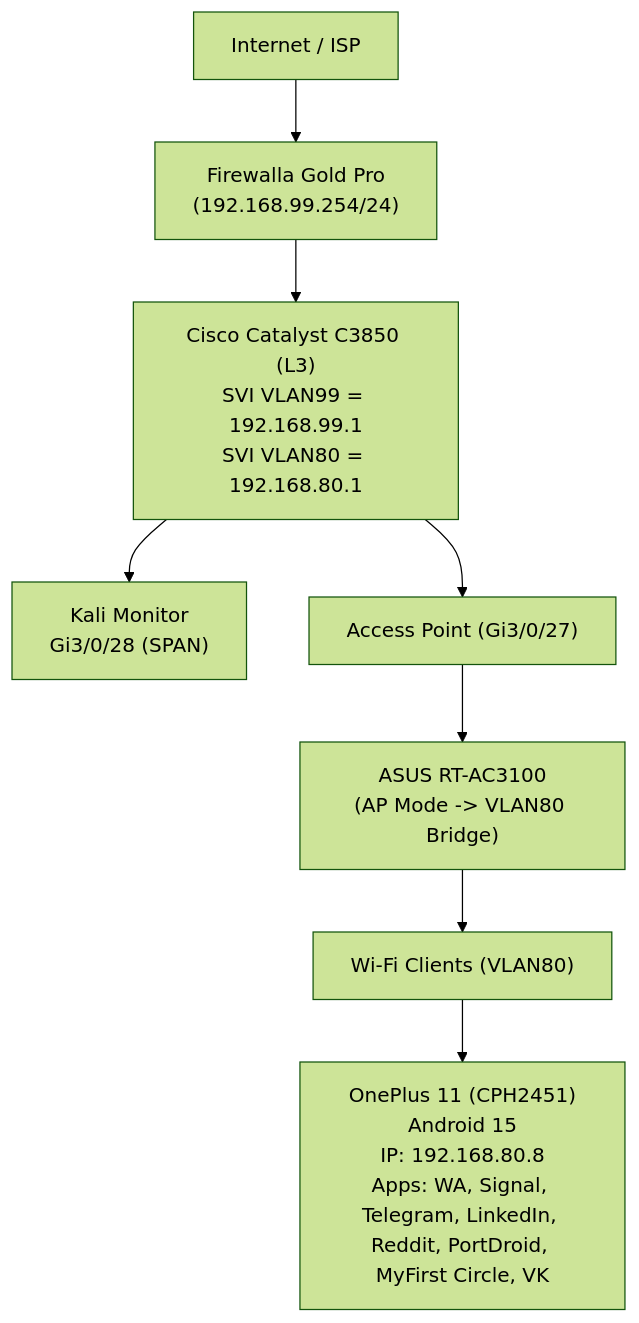
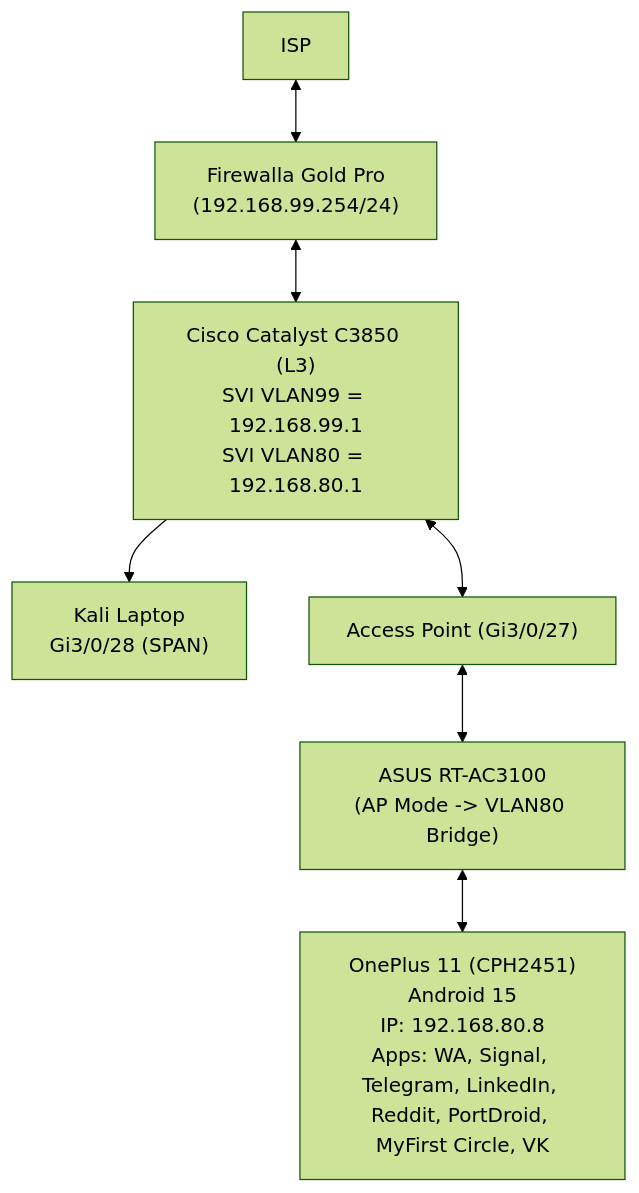
One commit to blackTieV2/ZEIT8023-S2-2025- changed the diagram in Labs/ClientSide/LabSetup.md. Above: the diagram before and after it, drawn with Mermaid (forest theme).

````diff
--- a/Labs/ClientSide/LabSetup.md
+++ b/Labs/ClientSide/LabSetup.md
@@ -12,27 +12,25 @@
 ```mermaid
 flowchart TD
-ISP["Internet / ISP"]
+ISP["ISP"]
 FW["Firewalla Gold Pro
 (192.168.99.254/24)"]
 SW["Cisco Catalyst C3850 (L3)
 SVI VLAN99 = 192.168.99.1
 SVI VLAN80 = 192.168.80.1"]
-KALI["Kali Monitor
+KALI["Kali Laptop
 Gi3/0/28 (SPAN)"]
 AP["Access Point (Gi3/0/27)"]
 ASUS["ASUS RT-AC3100
 (AP Mode -> VLAN80 Bridge)"]
-WIFI["Wi-Fi Clients (VLAN80)"]
 OP11["OnePlus 11 (CPH2451)
 Android 15
 IP: 192.168.80.8
 Apps: WA, Signal, Telegram, LinkedIn, Reddit, PortDroid, MyFirst Circle, VK"]
 
-ISP --> FW
-FW --> SW
+ISP <--> FW
+FW <--> SW
 SW --> KALI
-SW --> AP
-AP --> ASUS
-ASUS --> WIFI
-WIFI --> OP11
+SW <--> AP
+AP <--> ASUS
+ASUS <--> OP11
 ```
````
